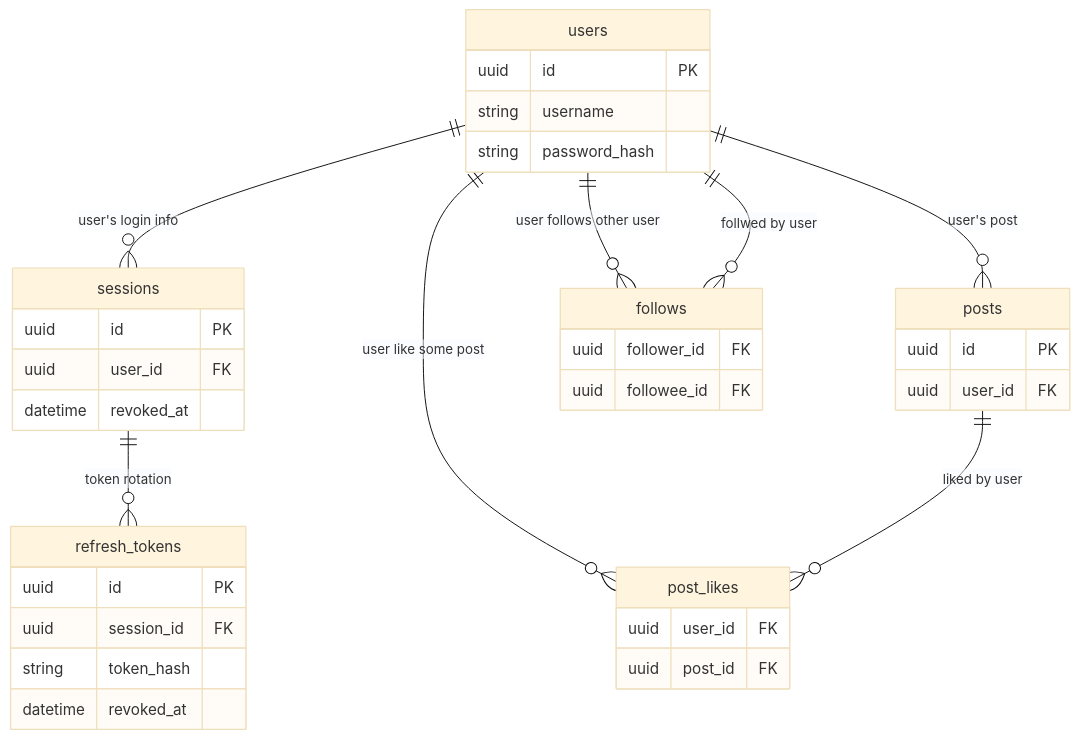
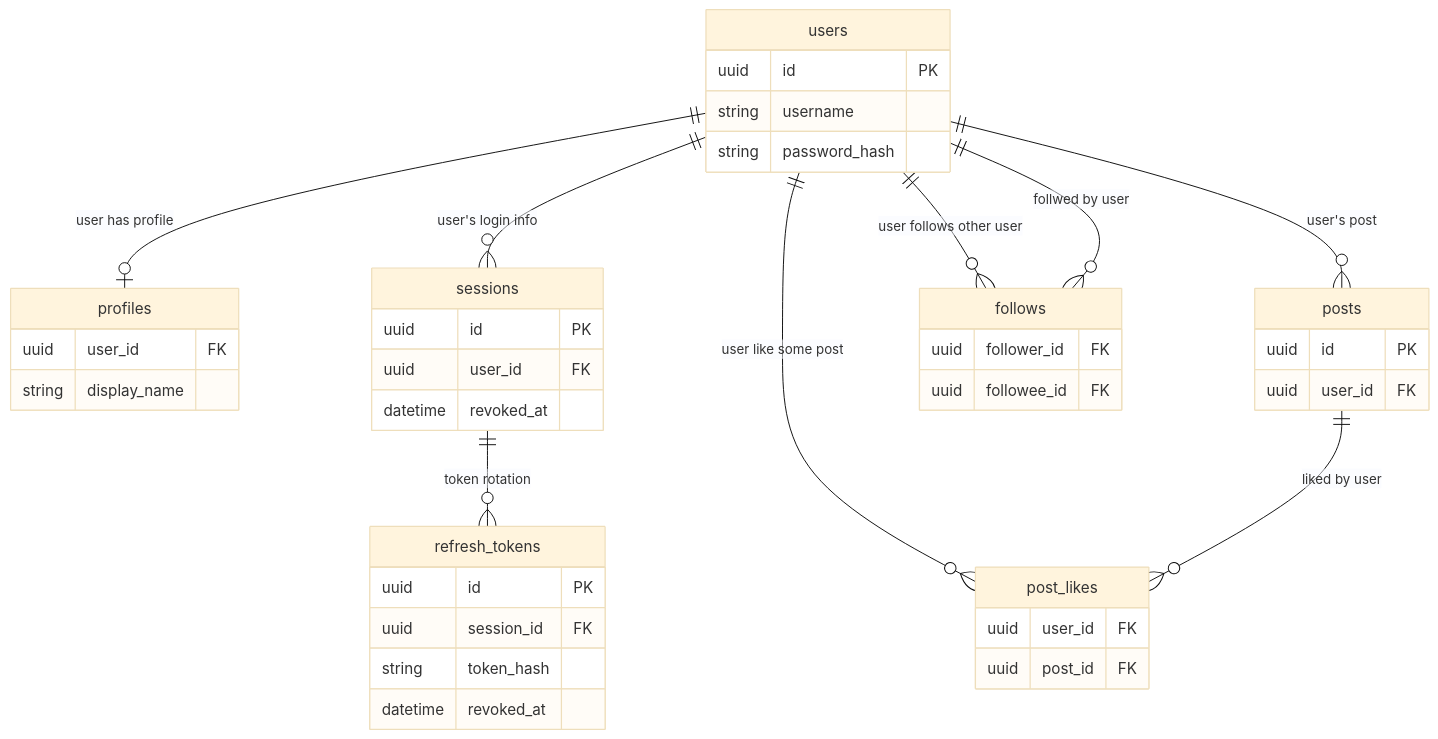
Before and after one commit to koko-u/rust-real-sns: the diagram in er-diagram.md, drawn with Mermaid (base theme). The commit also changed 98 other files, not shown here.

````diff
--- a/er-diagram.md
+++ b/er-diagram.md
@@ -1,38 +1,43 @@
 ```mermaid
 erDiagram
     users {
         uuid id PK
         string username
         string password_hash
     }
+    profiles {
+        uuid user_id FK
+        string display_name 
+    }
+    users ||--o| profiles : "user has profile"
     sessions {
         uuid id PK
         uuid user_id FK
         datetime revoked_at
     }
     users ||--o{ sessions: "user's login info"
     refresh_tokens {
         uuid id PK
         uuid session_id FK
         string token_hash
         datetime revoked_at
     }
     sessions ||--o{ refresh_tokens: "token rotation"
     posts {
         uuid id PK
         uuid user_id FK
     }
     users ||--o{ posts: "user's post"
     follows {
         uuid follower_id FK
         uuid followee_id FK
     }
     users ||--o{ follows: "user follows other user"
     users ||--o{ follows: "follwed by user"
     post_likes {
         uuid user_id FK
         uuid post_id FK
     }
     users ||--o{ post_likes: "user like some post"
     posts ||--o{ post_likes: "liked by user"
 ```
````
